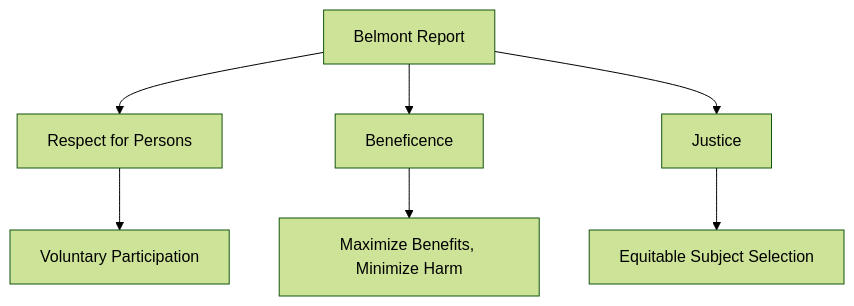
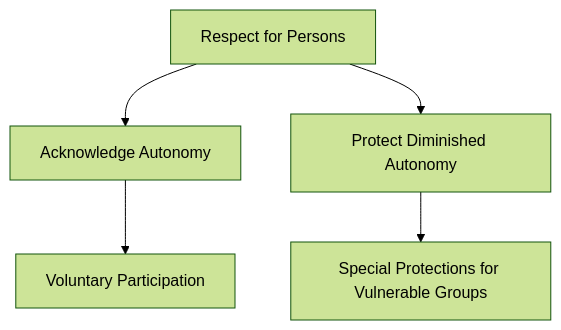
Before and after one commit to mfathy2/CourseSummarizer: the first of 5 diagrams in course2/Module1 Gcp Intro.md, drawn with Mermaid (forest theme). The commit also changed other lines of this file and 4 other files, not shown here.

````diff
--- a/course2/Module1 Gcp Intro.md
+++ b/course2/Module1 Gcp Intro.md
@@ -65,9 +16,7 @@
 ```mermaid
 graph TD
-    A[Belmont Report] --> B[Respect for Persons]
-    A --> C[Beneficence]
-    A --> D[Justice]
-    B --> E[Voluntary Participation]
-    C --> F[Maximize Benefits, Minimize Harm]
-    D --> G[Equitable Subject Selection]
+    A[Respect for Persons] --> B[Acknowledge Autonomy]
+    A --> C[Protect Diminished Autonomy]
+    B --> D[Voluntary Participation]
+    C --> E[Special Protections for Vulnerable Groups]
 ```
````
